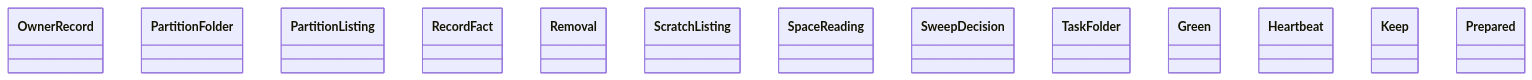
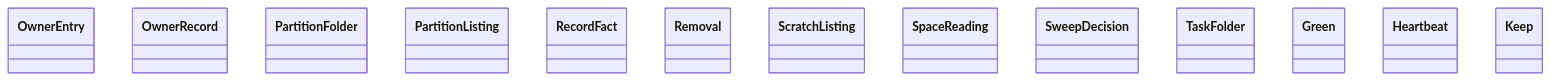
The diagram in docs/architecture/generated/classes-process-domain-machine-3.md (GonzaloZevallos/agentic-system), drawn with Mermaid before and after one commit. The commit also changed 22 other files, not shown here.

First line of the commit message:
Split an adapter kind's package page by count when it is over the diagram budget; register GithubCache in the conformance inventory

````diff
--- a/docs/architecture/generated/classes-process-domain-machine-3.md
+++ b/docs/architecture/generated/classes-process-domain-machine-3.md
@@ -33,16 +33,16 @@
 ```mermaid
 classDiagram
+    class scratch__OwnerEntry["OwnerEntry"]
     class scratch__OwnerRecord["OwnerRecord"]
     class scratch__PartitionFolder["PartitionFolder"]
     class scratch__PartitionListing["PartitionListing"]
     class scratch__RecordFact["RecordFact"]
     class scratch__Removal["Removal"]
     class scratch__ScratchListing["ScratchListing"]
     class scratch__SpaceReading["SpaceReading"]
     class scratch__SweepDecision["SweepDecision"]
     class scratch__TaskFolder["TaskFolder"]
     class stage0_rotation__Green["Green"]
     class stage0_rotation__Heartbeat["Heartbeat"]
     class stage0_rotation__Keep["Keep"]
-    class stage0_rotation__Prepared["Prepared"]
 ```
````
